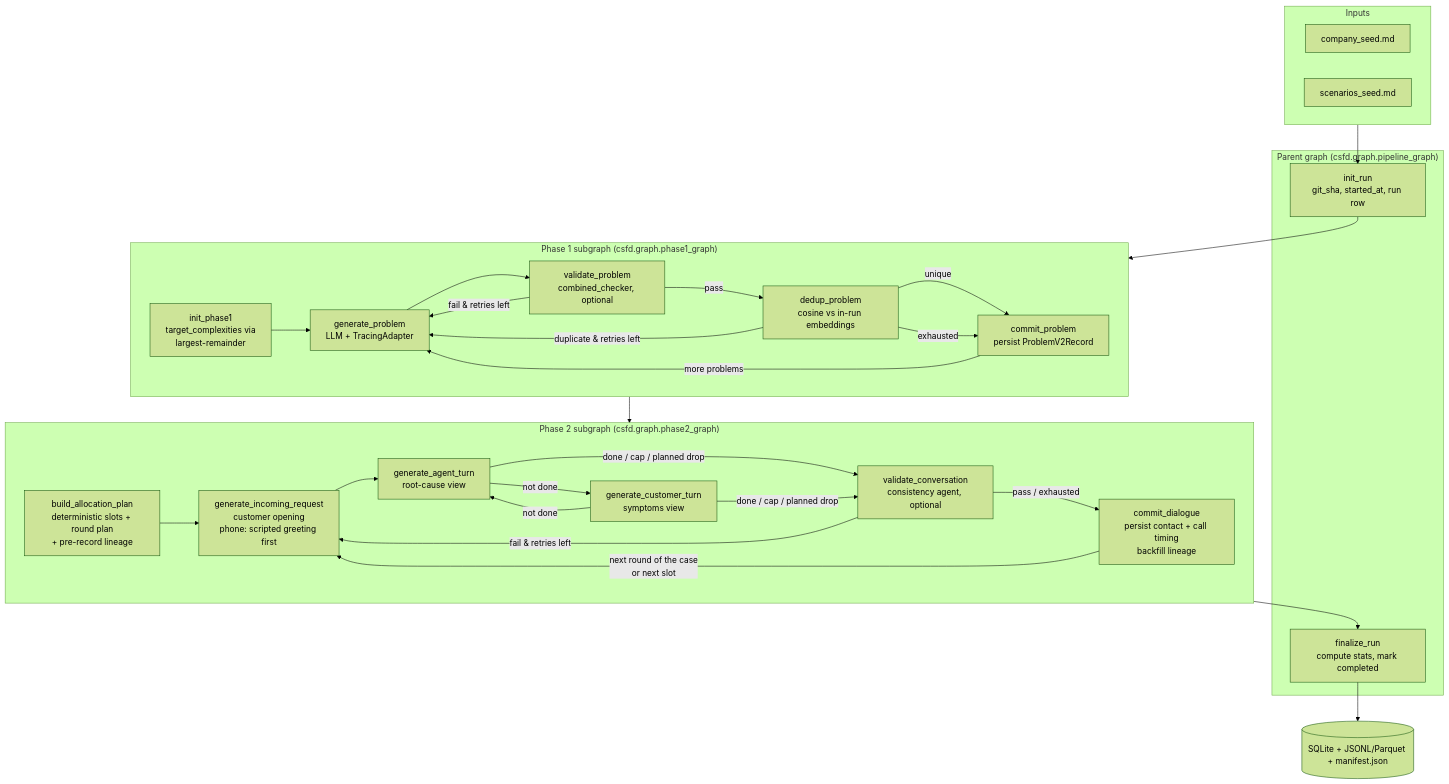
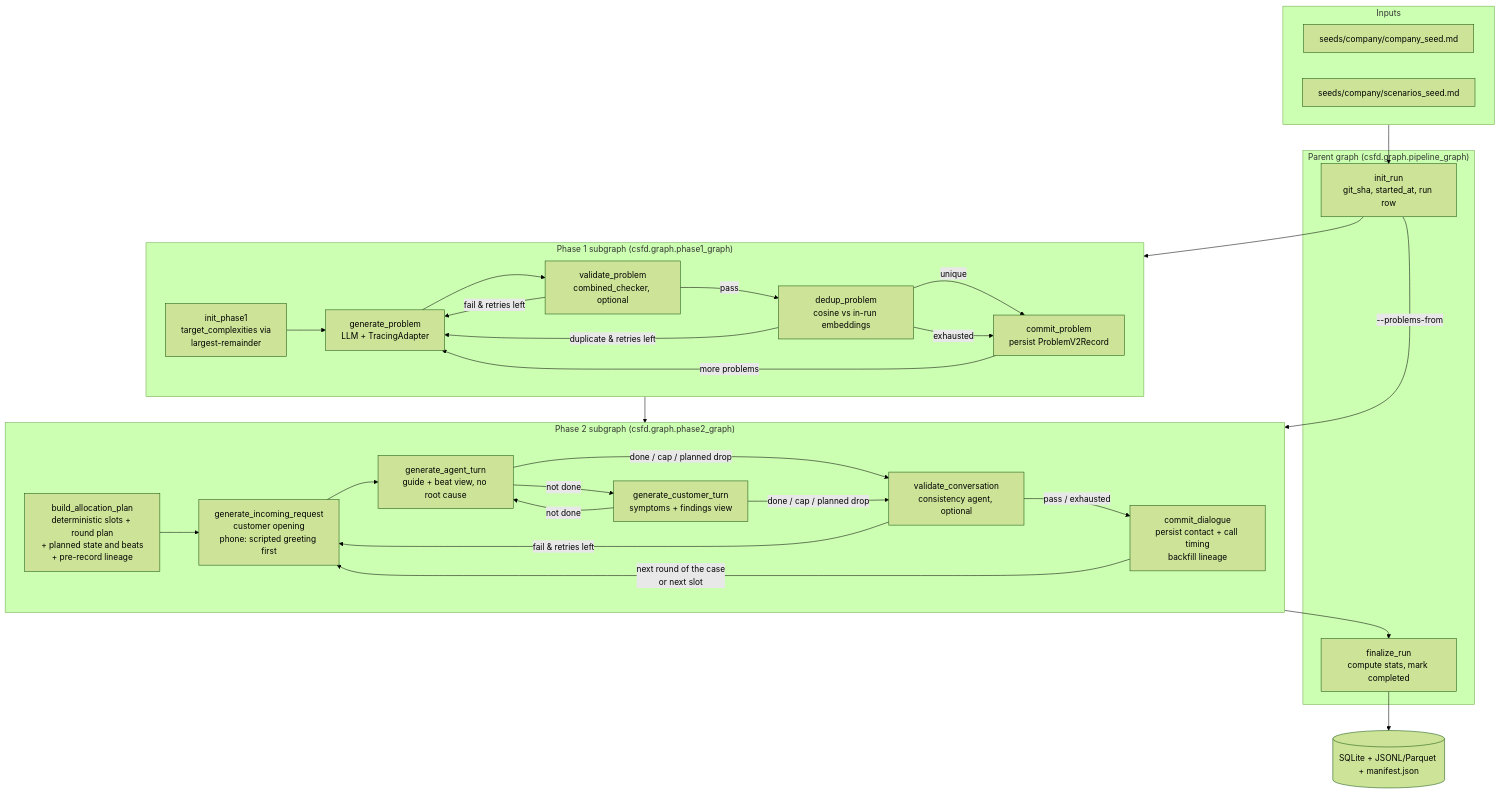
The diagram in README.md (iamthejao/customer_support_data_generator), drawn with Mermaid (forest theme) before and after one commit. The commit also changed other lines of this file and 65 other files, not shown here.

First line of the commit message:
feat(phase2): agent diagnoses from a plan, with planned outcomes and two new company seeds (#7)

````diff
--- a/README.md
+++ b/README.md
@@ -176,48 +185,49 @@
 ```mermaid
 flowchart TB
     subgraph Seeds["Inputs"]
-        C[company_seed.md]
-        S[scenarios_seed.md]
+        C[seeds/company/company_seed.md]
+        S[seeds/company/scenarios_seed.md]
     end
     subgraph PARENT["Parent graph (csfd.graph.pipeline_graph)"]
         IR[init_run<br>git_sha, started_at, run row]
         FR[finalize_run<br>compute stats, mark completed]
     end
     subgraph P1["Phase 1 subgraph (csfd.graph.phase1_graph)"]
         IP[init_phase1<br>target_complexities via<br>largest-remainder]
         GP[generate_problem<br>LLM + TracingAdapter]
         VP[validate_problem<br>combined_checker, optional]
         DP[dedup_problem<br>cosine vs in-run embeddings]
         CP[commit_problem<br>persist ProblemV2Record]
         IP --> GP
         GP --> VP
         VP -->|fail & retries left| GP
         VP -->|pass| DP
         DP -->|unique| CP
         DP -->|duplicate & retries left| GP
         DP -->|exhausted| CP
         CP -->|more problems| GP
     end
     subgraph P2["Phase 2 subgraph (csfd.graph.phase2_graph)"]
-        BAP[build_allocation_plan<br>deterministic slots + round plan<br>+ pre-record lineage]
+        BAP[build_allocation_plan<br>deterministic slots + round plan<br>+ planned state and beats<br>+ pre-record lineage]
         GIR[generate_incoming_request<br>customer opening<br>phone: scripted greeting first]
-        GAT[generate_agent_turn<br>root-cause view]
-        GCT[generate_customer_turn<br>symptoms view]
+        GAT[generate_agent_turn<br>guide + beat view, no root cause]
+        GCT[generate_customer_turn<br>symptoms + findings view]
         VC[validate_conversation<br>consistency agent, optional]
         CD[commit_dialogue<br>persist contact + call timing<br>backfill lineage]
         BAP --> GIR
         GIR --> GAT
         GAT -->|not done| GCT
         GCT -->|not done| GAT
         GAT -->|done / cap / planned drop| VC
         GCT -->|done / cap / planned drop| VC
         VC -->|fail & retries left| GIR
         VC -->|pass / exhausted| CD
         CD -->|next round of the case<br>or next slot| GIR
     end
     Seeds --> IR
     IR --> P1
+    IR -->|--problems-from| P2
     P1 --> P2
     P2 --> FR
     FR --> EX[(SQLite + JSONL/Parquet + manifest.json)]
 ```
````
